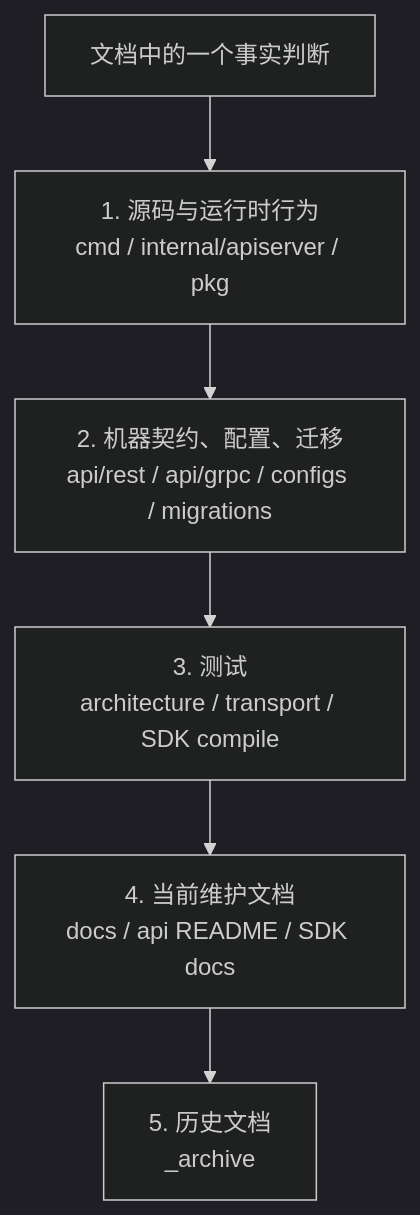
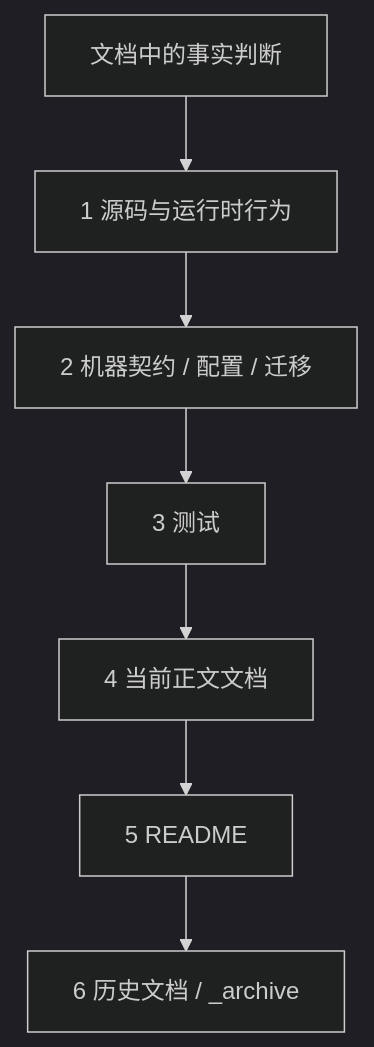
One commit to FangcunMount/iam changed the diagram in docs/06-架构护栏/02-文档事实源与防漂移机制.md. Above: the diagram before and after it, drawn with Mermaid (dark theme). The commit also changed other lines of this file and 2 other files, not shown here.

````diff
--- a/docs/06-架构护栏/02-文档事实源与防漂移机制.md
+++ b/docs/06-架构护栏/02-文档事实源与防漂移机制.md
@@ -85,12 +79,12 @@
 ```mermaid
 flowchart TD
-    Source["文档中的一个事实判断"]
+    Fact["文档中的事实判断"]
+    Code["1 源码与运行时行为"]
+    Contract["2 机器契约 / 配置 / 迁移"]
+    Tests["3 测试"]
+    Docs["4 当前正文文档"]
+    Readme["5 README"]
+    Archive["6 历史文档 / _archive"]
 
-    Code["1. 源码与运行时行为<br/>cmd / internal/apiserver / pkg"]
-    Contract["2. 机器契约、配置、迁移<br/>api/rest / api/grpc / configs / migrations"]
-    Tests["3. 测试<br/>architecture / transport / SDK compile"]
-    CurrentDocs["4. 当前维护文档<br/>docs / api README / SDK docs"]
-    Archive["5. 历史文档<br/>_archive"]
-
-    Source --> Code --> Contract --> Tests --> CurrentDocs --> Archive
+    Fact --> Code --> Contract --> Tests --> Docs --> Readme --> Archive
 ```
````
